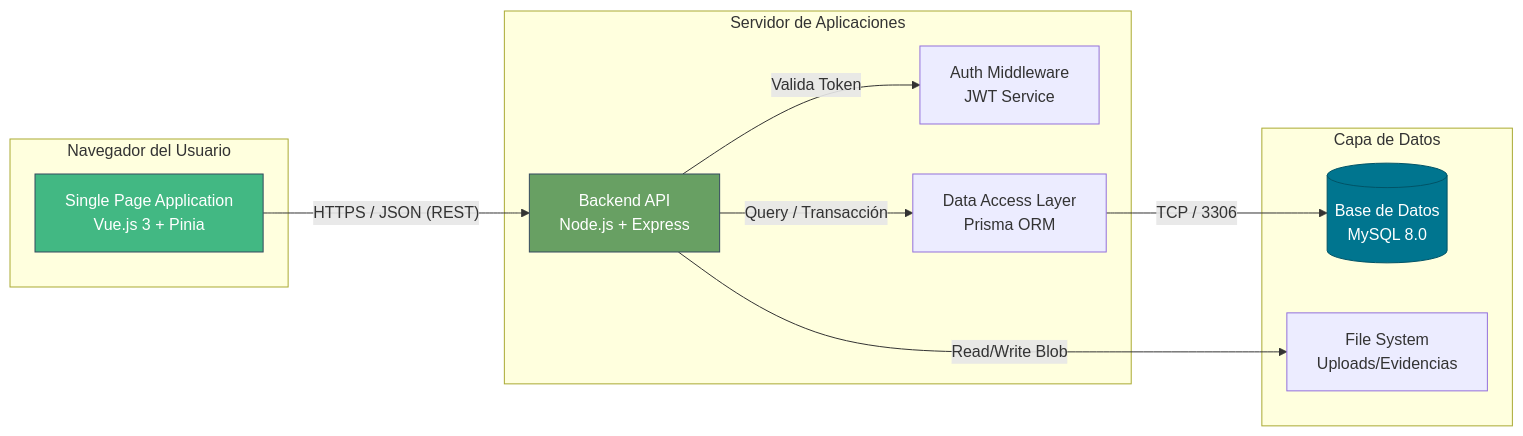
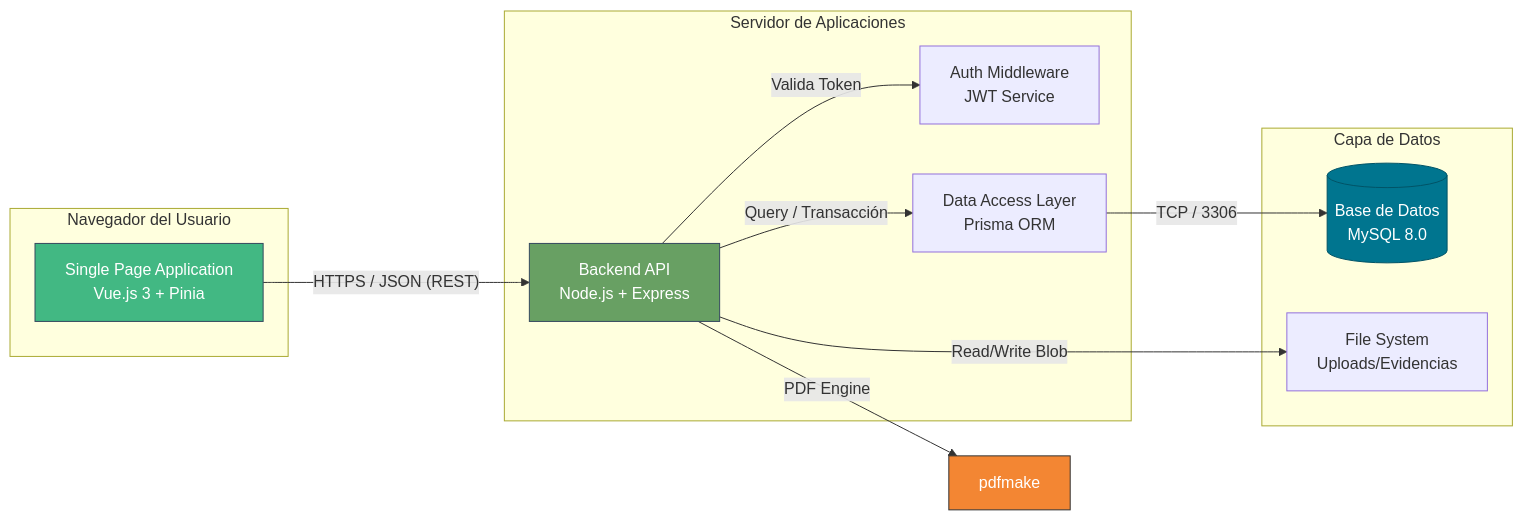
One commit to herwingx/inventario-ti-lds changed the diagram in docs/ARQUITECTURA_TECNOLOGIA.md. Above: the diagram before and after it, drawn with Mermaid. The commit also changed other lines of this file and 4 other files, not shown here.

````diff
--- a/docs/ARQUITECTURA_TECNOLOGIA.md
+++ b/docs/ARQUITECTURA_TECNOLOGIA.md
@@ -11,27 +11,29 @@
 ```mermaid
 graph LR
     subgraph "Navegador del Usuario"
         SPA[Single Page Application<br/>Vue.js 3 + Pinia]
     end
 
     subgraph "Servidor de Aplicaciones"
         API[Backend API<br/>Node.js + Express]
         Auth[Auth Middleware<br/>JWT Service]
         ORM[Data Access Layer<br/>Prisma ORM]
     end
 
     subgraph "Capa de Datos"
         DB[(Base de Datos<br/>MySQL 8.0)]
         FS[File System<br/>Uploads/Evidencias]
     end
 
     SPA -- "HTTPS / JSON (REST)" --> API
     API -- "Valida Token" --> Auth
     API -- "Query / Transacción" --> ORM
     ORM -- "TCP / 3306" --> DB
     API -- "Read/Write Blob" --> FS
+    API -- "PDF Engine" --> pdfmake[pdfmake]
     
     style SPA fill:#42b883,stroke:#35495e,color:#fff
     style API fill:#68a063,stroke:#35495e,color:#fff
     style DB fill:#00758f,stroke:#005467,color:#fff
+    style pdfmake fill:#f38633,stroke:#333,color:#fff
 ```
````
